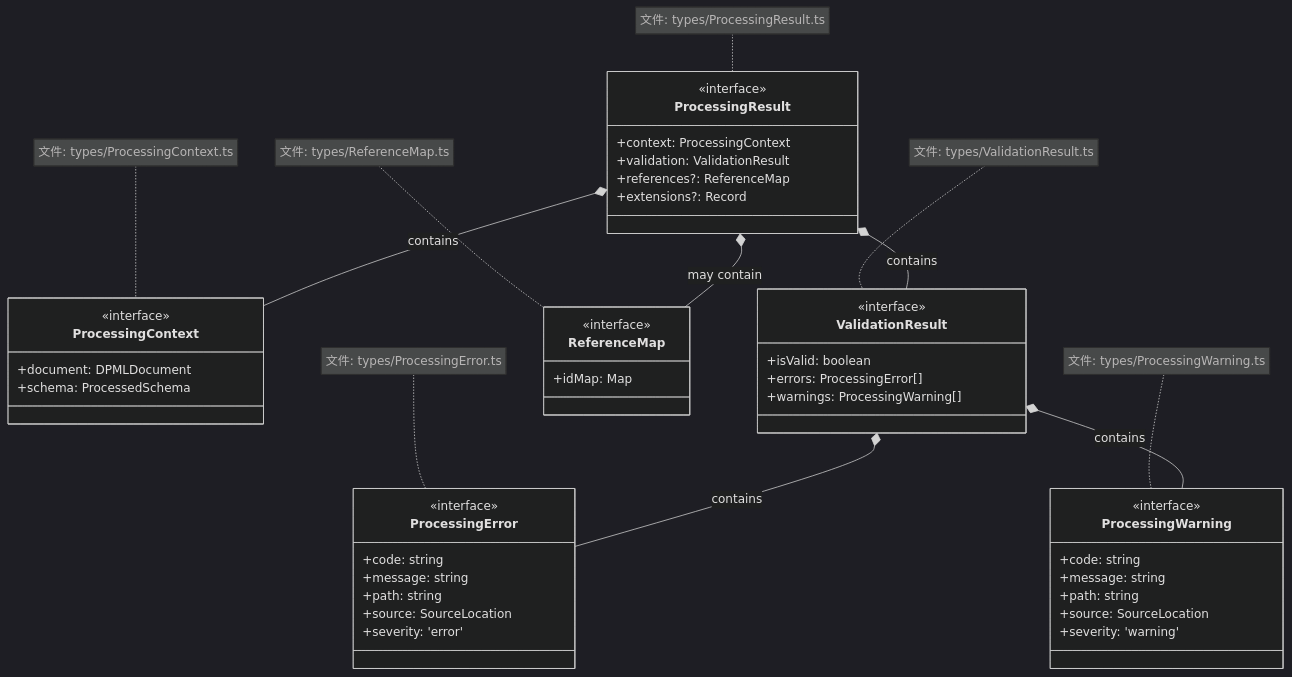
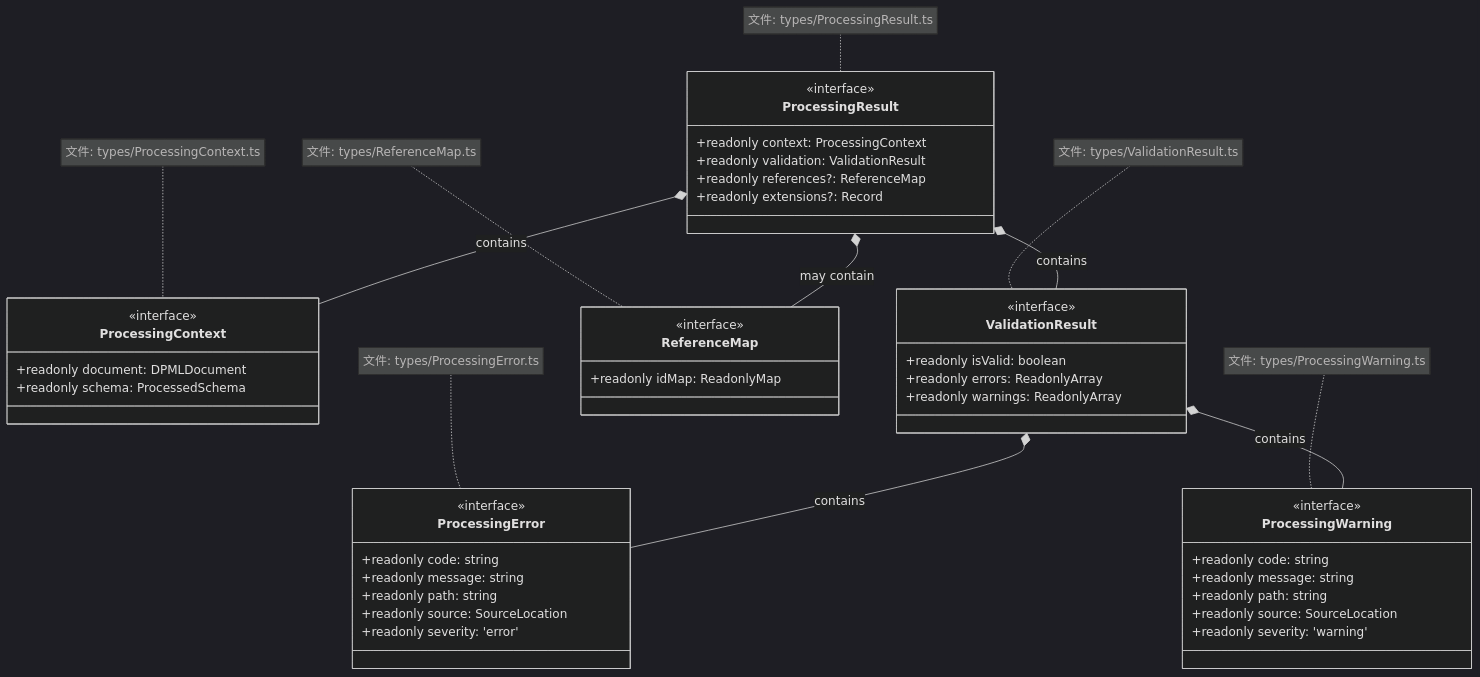
One commit to Deepractice/DPML changed the second of 7 diagrams in packages/core/docs/product/Processing-Design.md. Above: the diagram before and after it, drawn with Mermaid (dark theme). The commit also changed other lines of this file and 23 other files, not shown here.

````diff
--- a/packages/core/docs/product/Processing-Design.md
+++ b/packages/core/docs/product/Processing-Design.md
@@ -79,58 +79,58 @@
 ```mermaid
 classDiagram
     class ProcessingResult {
         <<interface>>
-        +context: ProcessingContext
-        +validation: ValidationResult
-        +references?: ReferenceMap
-        +extensions?: Record<string, unknown>
+        +readonly context: ProcessingContext
+        +readonly validation: ValidationResult
+        +readonly references?: ReferenceMap
+        +readonly extensions?: Record<string, unknown>
     }
     note for ProcessingResult "文件: types/ProcessingResult.ts"
     
     class ProcessingContext {
         <<interface>>
-        +document: DPMLDocument
-        +schema: ProcessedSchema
+        +readonly document: DPMLDocument
+        +readonly schema: ProcessedSchema
     }
     note for ProcessingContext "文件: types/ProcessingContext.ts"
     
     class ValidationResult {
         <<interface>>
-        +isValid: boolean
-        +errors: ProcessingError[]
-        +warnings: ProcessingWarning[]
+        +readonly isValid: boolean
+        +readonly errors: ReadonlyArray<ProcessingError>
+        +readonly warnings: ReadonlyArray<ProcessingWarning>
     }
     note for ValidationResult "文件: types/ValidationResult.ts"
     
     class ReferenceMap {
         <<interface>>
-        +idMap: Map<string, DPMLNode>
+        +readonly idMap: ReadonlyMap<string, DPMLNode>
     }
     note for ReferenceMap "文件: types/ReferenceMap.ts"
     
     class ProcessingError {
         <<interface>>
-        +code: string
-        +message: string
-        +path: string
-        +source: SourceLocation
-        +severity: 'error'
+        +readonly code: string
+        +readonly message: string
+        +readonly path: string
+        +readonly source: SourceLocation
+        +readonly severity: 'error'
     }
     note for ProcessingError "文件: types/ProcessingError.ts"
     
     class ProcessingWarning {
         <<interface>>
-        +code: string
-        +message: string
-        +path: string
-        +source: SourceLocation
-        +severity: 'warning'
+        +readonly code: string
+        +readonly message: string
+        +readonly path: string
+        +readonly source: SourceLocation
+        +readonly severity: 'warning'
     }
     note for ProcessingWarning "文件: types/ProcessingWarning.ts"
     
     ProcessingResult *-- ProcessingContext : contains
     ProcessingResult *-- ValidationResult : contains
     ProcessingResult *-- ReferenceMap : may contain
     ValidationResult *-- ProcessingError : contains
     ValidationResult *-- ProcessingWarning : contains
 ```
````
